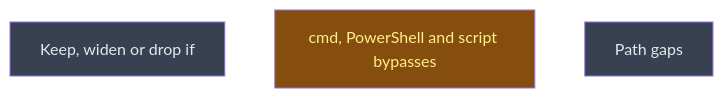
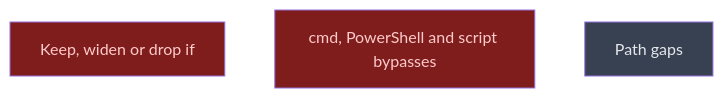
One commit to CrackingShells/Murmuration changed the diagram in __roadmap__/windows_install/next/README.md. Above: the diagram before and after it, drawn with Mermaid. The commit also changed other lines of this file and 10 other files, not shown here.

First line of the commit message:
docs(roadmap): close the guard's leaves as blocked by A1

````diff
--- a/__roadmap__/windows_install/next/README.md
+++ b/__roadmap__/windows_install/next/README.md
@@ -16,11 +16,11 @@
 ```mermaid
 graph TD
-    if_decision[Keep, widen or drop if]:::planned
-    shell_gaps[cmd, PowerShell and script bypasses]:::inprogress
+    if_decision[Keep, widen or drop if]:::blocked
+    shell_gaps[cmd, PowerShell and script bypasses]:::blocked
     next[Path gaps]:::planned
     classDef done       fill:#166534,color:#bbf7d0
     classDef inprogress fill:#854d0e,color:#fef08a
     classDef planned    fill:#374151,color:#e5e7eb
     classDef amendment  fill:#1e3a5f,color:#bfdbfe
     classDef blocked    fill:#7f1d1d,color:#fecaca
 ```
````
